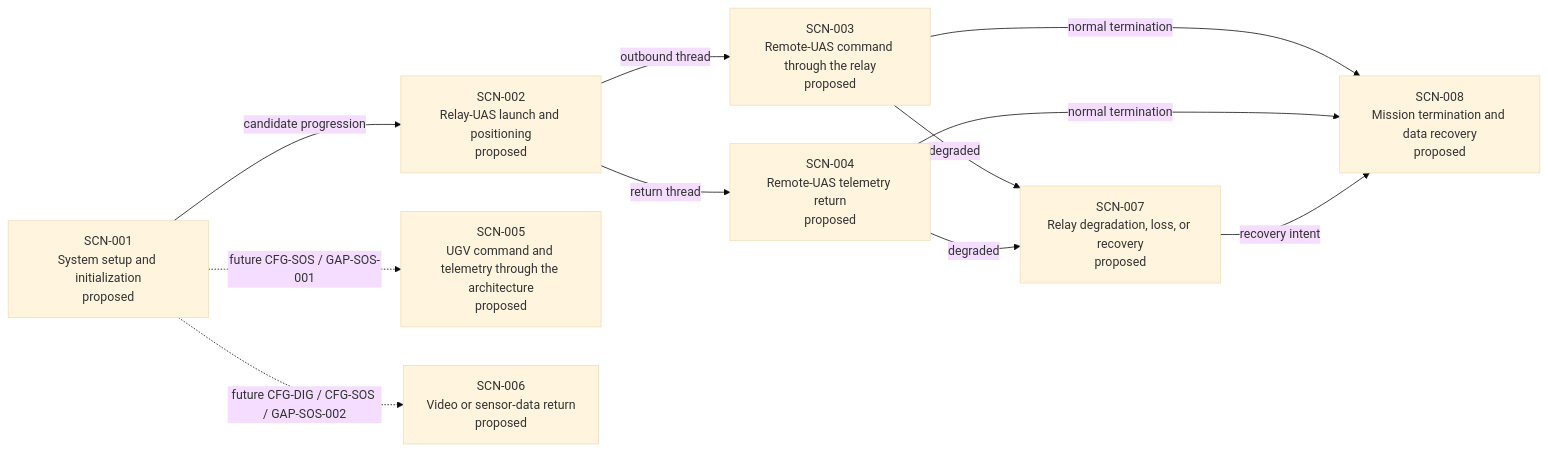
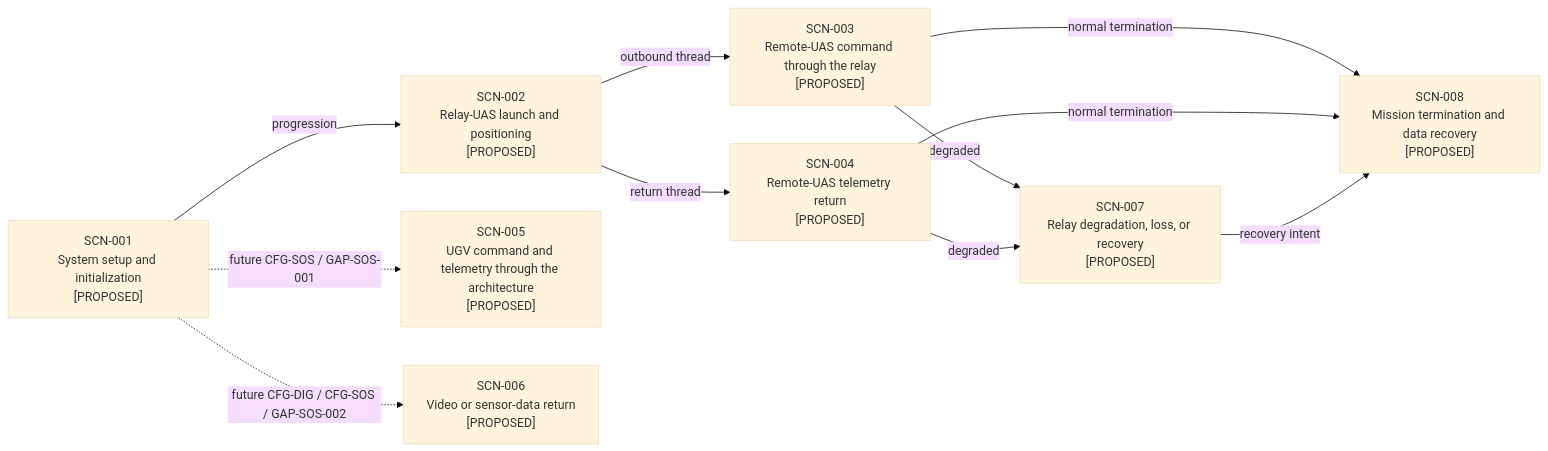
Before and after one commit to noahstephenson/low-cost-relay-uas: diagram 14 of 17 in reports/architecture-views.md, drawn with Mermaid (base theme). The commit also changed other lines of this file and 28 other files, not shown here.

Commit message:
Simplify and consolidate architecture repository

````diff
--- a/reports/architecture-views.md
+++ b/reports/architecture-views.md
@@ -323,22 +323,22 @@
 ```mermaid
 flowchart LR
     %% Configuration scope: CFG-REP / CFG-DOM current; CFG-DIG / CFG-SOS proposed branches
-    SCN_001["SCN-001<br/>System setup and initialization<br/>proposed"]
-    SCN_002["SCN-002<br/>Relay-UAS launch and positioning<br/>proposed"]
-    SCN_003["SCN-003<br/>Remote-UAS command through the relay<br/>proposed"]
-    SCN_004["SCN-004<br/>Remote-UAS telemetry return<br/>proposed"]
-    SCN_005["SCN-005<br/>UGV command and telemetry through the architecture<br/>proposed"]
-    SCN_006["SCN-006<br/>Video or sensor-data return<br/>proposed"]
-    SCN_007["SCN-007<br/>Relay degradation, loss, or recovery<br/>proposed"]
-    SCN_008["SCN-008<br/>Mission termination and data recovery<br/>proposed"]
-    SCN_001 -->|"candidate progression"| SCN_002
+    SCN_001["SCN-001<br/>System setup and initialization<br/>[PROPOSED]"]
+    SCN_002["SCN-002<br/>Relay-UAS launch and positioning<br/>[PROPOSED]"]
+    SCN_003["SCN-003<br/>Remote-UAS command through the relay<br/>[PROPOSED]"]
+    SCN_004["SCN-004<br/>Remote-UAS telemetry return<br/>[PROPOSED]"]
+    SCN_005["SCN-005<br/>UGV command and telemetry through the architecture<br/>[PROPOSED]"]
+    SCN_006["SCN-006<br/>Video or sensor-data return<br/>[PROPOSED]"]
+    SCN_007["SCN-007<br/>Relay degradation, loss, or recovery<br/>[PROPOSED]"]
+    SCN_008["SCN-008<br/>Mission termination and data recovery<br/>[PROPOSED]"]
+    SCN_001 -->|"progression"| SCN_002
     SCN_002 -->|"outbound thread"| SCN_003
     SCN_002 -->|"return thread"| SCN_004
     SCN_003 -->|"degraded"| SCN_007
     SCN_004 -->|"degraded"| SCN_007
     SCN_003 -->|"normal termination"| SCN_008
     SCN_004 -->|"normal termination"| SCN_008
     SCN_007 -->|"recovery intent"| SCN_008
     SCN_001 -.->|"future CFG-SOS / GAP-SOS-001"| SCN_005
     SCN_001 -.->|"future CFG-DIG / CFG-SOS / GAP-SOS-002"| SCN_006
 ```
````
